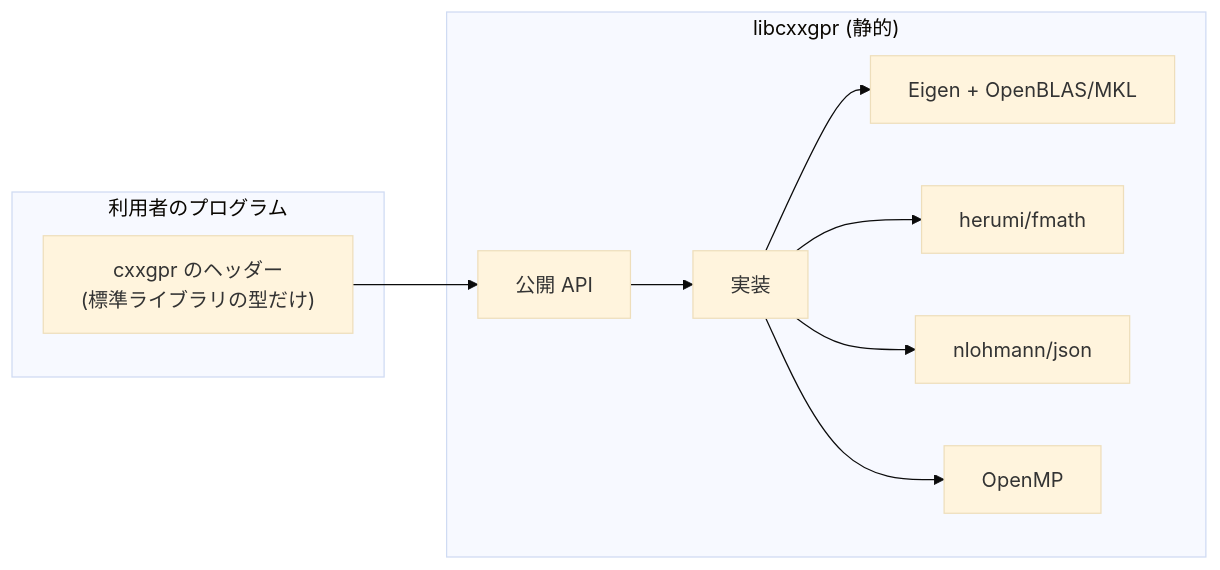
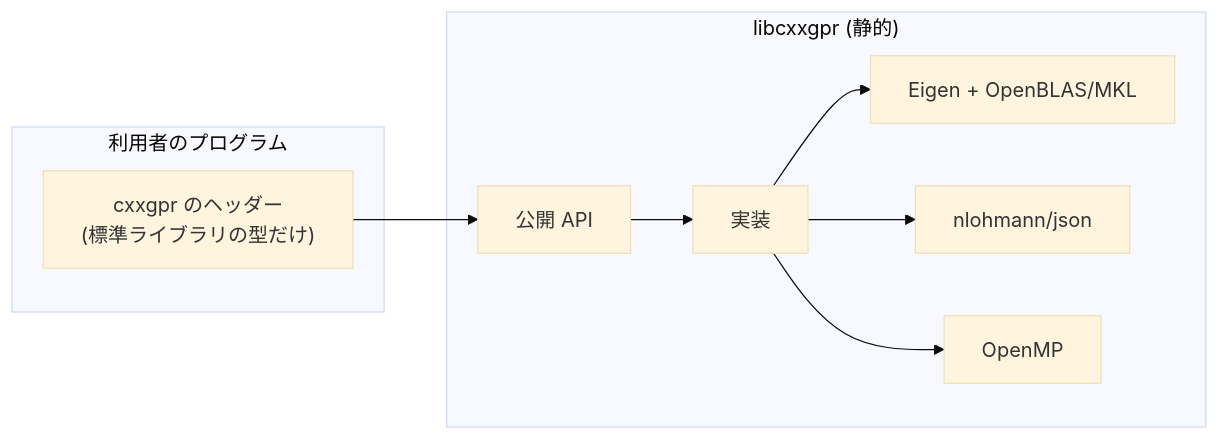
The second of 3 diagrams in docs/ja/explanation/design-principles.md (YUKIKEDA/cxxgpr), drawn with Mermaid (base theme) before and after one commit. The commit also changed other lines of this file and 40 other files, not shown here.

````diff
--- a/docs/ja/explanation/design-principles.md
+++ b/docs/ja/explanation/design-principles.md
@@ -79,14 +79,13 @@
 ```{mermaid}
 flowchart LR
   subgraph yours ["利用者のプログラム"]
     U["cxxgpr のヘッダー<br/>(標準ライブラリの型だけ)"]
   end
   subgraph lib ["libcxxgpr (静的)"]
     API["公開 API"] --> IMPL["実装"]
     IMPL --> E["Eigen + OpenBLAS/MKL"]
-    IMPL --> F["herumi/fmath"]
     IMPL --> J["nlohmann/json"]
     IMPL --> O["OpenMP"]
   end
   U --> API
 ```
````
